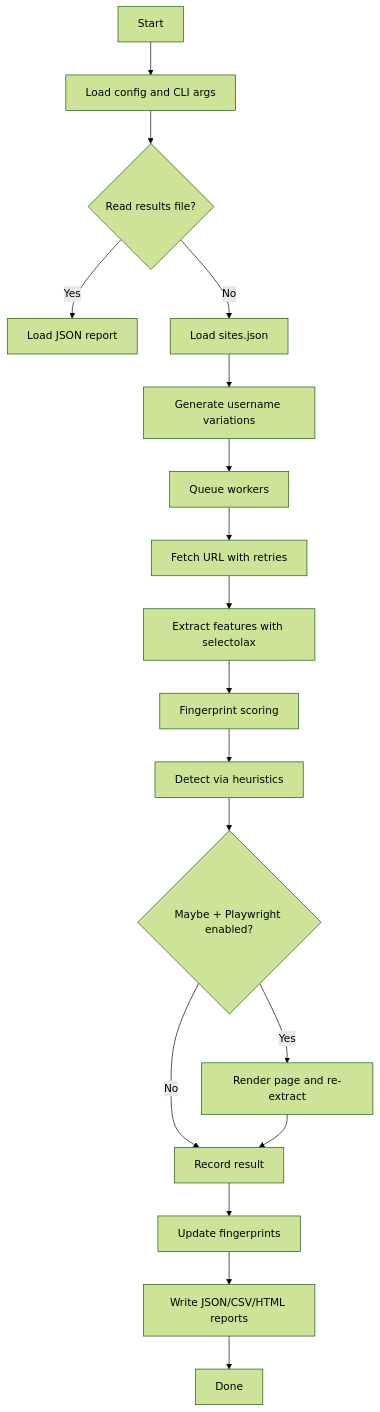
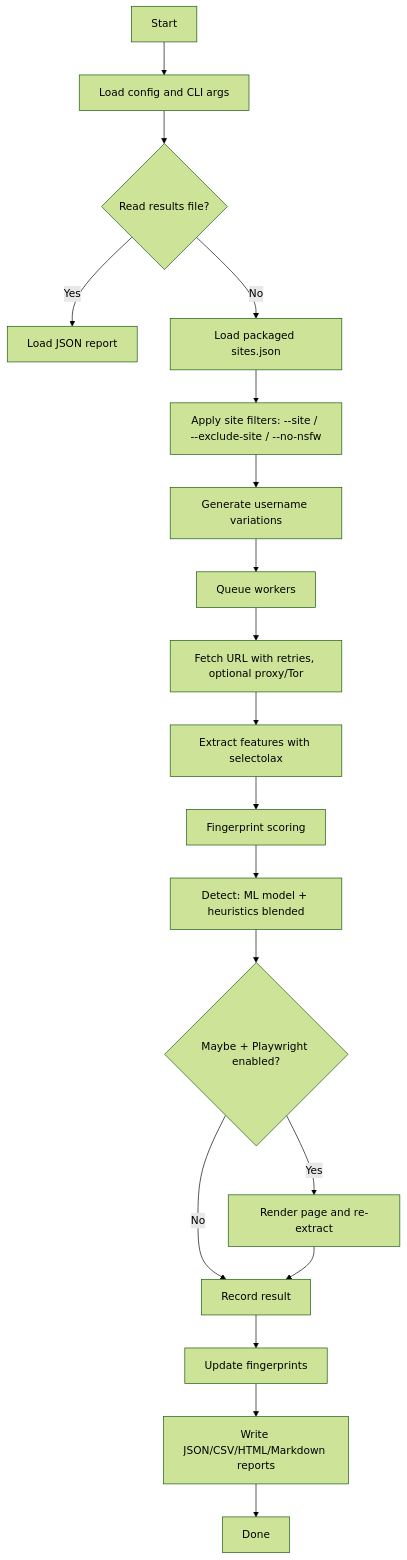
Before and after one commit to arxhr007/Aliens_eye: the first of 2 diagrams in WORKING.md, drawn with Mermaid (forest theme). The commit also changed other lines of this file and 53 other files, not shown here.

````diff
--- a/WORKING.md
+++ b/WORKING.md
@@ -7,20 +7,21 @@
 ```mermaid
 flowchart TD
     A[Start] --> B[Load config and CLI args]
     B --> C{Read results file?}
     C -->|Yes| D[Load JSON report]
-    C -->|No| E[Load sites.json]
-    E --> F[Generate username variations]
+    C -->|No| E[Load packaged sites.json]
+    E --> E2[Apply site filters: --site / --exclude-site / --no-nsfw]
+    E2 --> F[Generate username variations]
     F --> G[Queue workers]
-    G --> H[Fetch URL with retries]
+    G --> H[Fetch URL with retries, optional proxy/Tor]
     H --> I[Extract features with selectolax]
     I --> J[Fingerprint scoring]
-    J --> K[Detect via heuristics]
+    J --> K[Detect: ML model + heuristics blended]
     K --> L{Maybe + Playwright enabled?}
     L -->|Yes| M[Render page and re-extract]
     L -->|No| N[Record result]
     M --> N
     N --> O[Update fingerprints]
-    O --> P[Write JSON/CSV/HTML reports]
+    O --> P[Write JSON/CSV/HTML/Markdown reports]
     P --> Q[Done]
 ```
````
